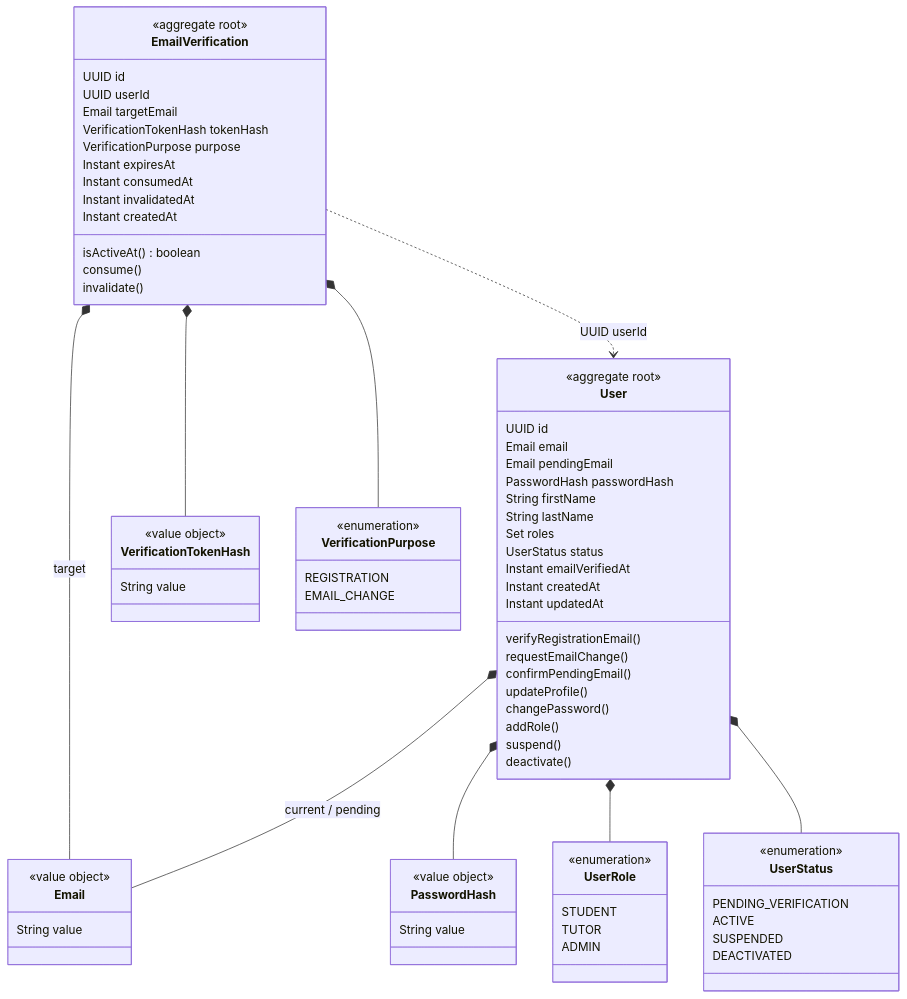
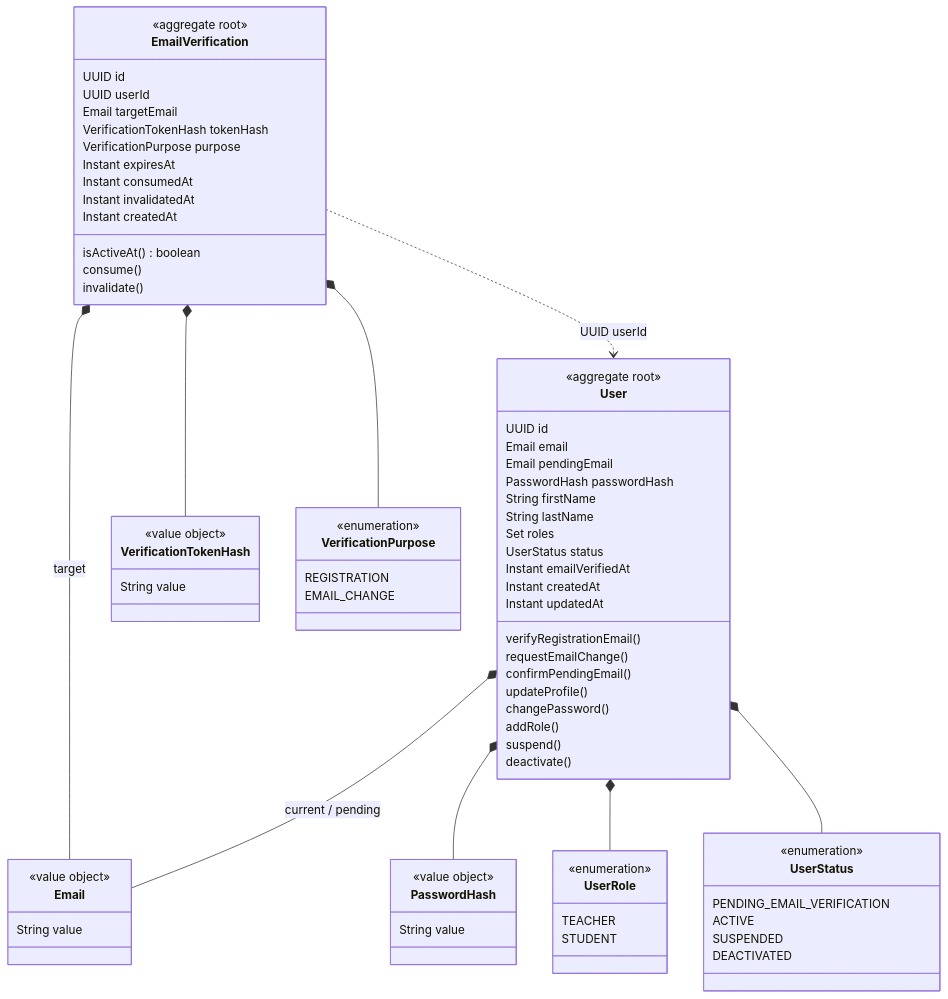
The first of 2 diagrams in docs/architecture/diagrams/identity-domain.md (EdTechDevelopment/EdTech), drawn with Mermaid before and after one commit. The commit also changed 7 other files, not shown here.

```diff
--- a/docs/architecture/diagrams/identity-domain.md
+++ b/docs/architecture/diagrams/identity-domain.md
@@ -39,14 +39,13 @@
 
     class UserRole {
         <<enumeration>>
+        TEACHER
         STUDENT
-        TUTOR
-        ADMIN
     }
 
     class UserStatus {
         <<enumeration>>
-        PENDING_VERIFICATION
+        PENDING_EMAIL_VERIFICATION
         ACTIVE
         SUSPENDED
         DEACTIVATED
```
